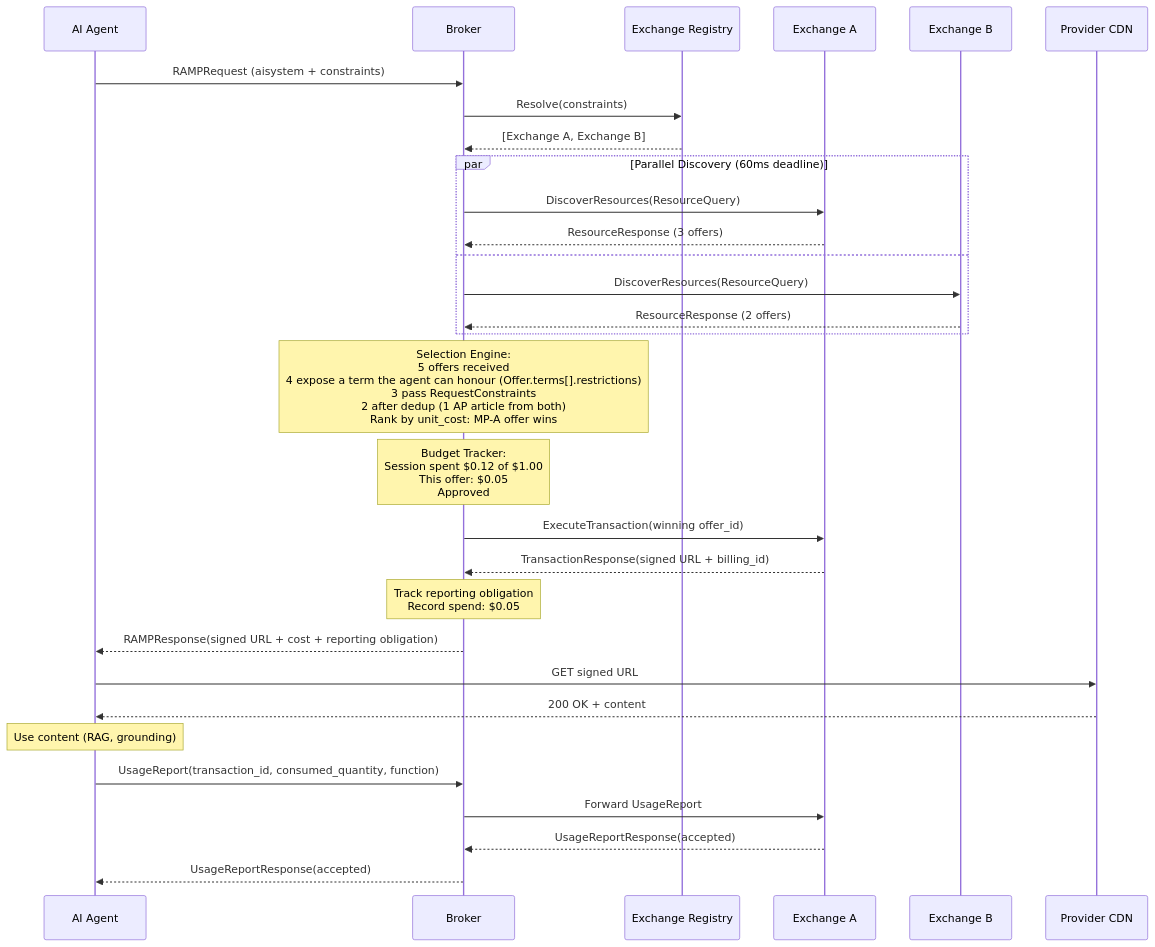
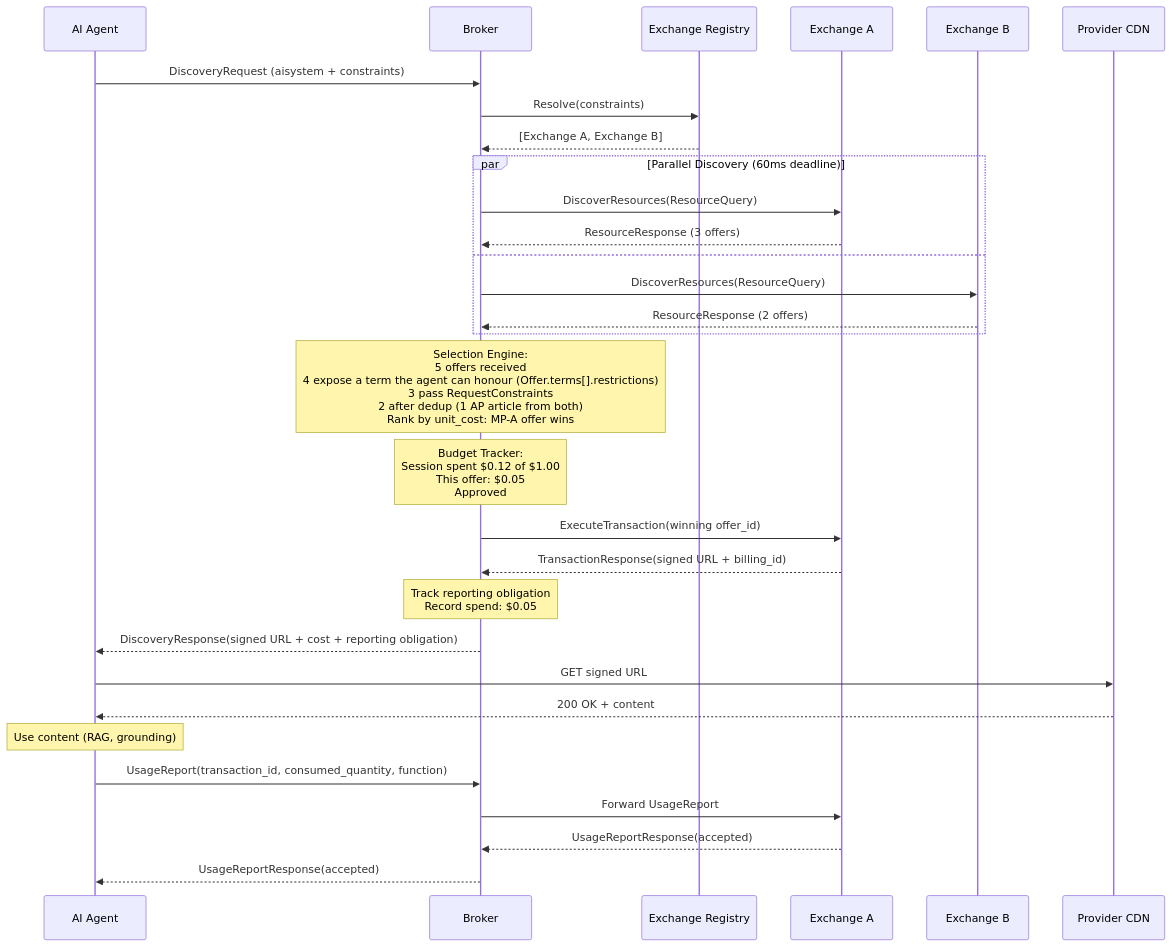
One commit to RAMP-Protocol/protocol changed the second of 2 diagrams in website/src/content/docs/components/broker/overview.mdx. Above: the diagram before and after it, drawn with Mermaid. The commit also changed other lines of this file and 102 other files, not shown here.

````diff
--- a/website/src/content/docs/components/broker/overview.mdx
+++ b/website/src/content/docs/components/broker/overview.mdx
@@ -286,43 +286,43 @@
 ```mermaid
 sequenceDiagram
     participant Agent as AI Agent
     participant Orch as Broker
     participant Reg as Exchange Registry
     participant MPA as Exchange A
     participant MPB as Exchange B
     participant CDN as Provider CDN
 
-    Agent->>Orch: RAMPRequest (aisystem + constraints)
+    Agent->>Orch: DiscoveryRequest (aisystem + constraints)
 
     Orch->>Reg: Resolve(constraints)
     Reg-->>Orch: [Exchange A, Exchange B]
 
     par Parallel Discovery (60ms deadline)
         Orch->>MPA: DiscoverResources(ResourceQuery)
         MPA-->>Orch: ResourceResponse (3 offers)
     and
         Orch->>MPB: DiscoverResources(ResourceQuery)
         MPB-->>Orch: ResourceResponse (2 offers)
     end
 
     Note over Orch: Selection Engine:<br/>5 offers received<br/>4 expose a term the agent can honour (Offer.terms[].restrictions)<br/>3 pass RequestConstraints<br/>2 after dedup (1 AP article from both)<br/>Rank by unit_cost: MP-A offer wins
 
     Note over Orch: Budget Tracker:<br/>Session spent $0.12 of $1.00<br/>This offer: $0.05<br/>Approved
 
     Orch->>MPA: ExecuteTransaction(winning offer_id)
     MPA-->>Orch: TransactionResponse(signed URL + billing_id)
 
     Note over Orch: Track reporting obligation<br/>Record spend: $0.05
 
-    Orch-->>Agent: RAMPResponse(signed URL + cost + reporting obligation)
+    Orch-->>Agent: DiscoveryResponse(signed URL + cost + reporting obligation)
 
     Agent->>CDN: GET signed URL
     CDN-->>Agent: 200 OK + content
 
     Note over Agent: Use content (RAG, grounding)
 
     Agent->>Orch: UsageReport(transaction_id, consumed_quantity, function)
     Orch->>MPA: Forward UsageReport
     MPA-->>Orch: UsageReportResponse(accepted)
     Orch-->>Agent: UsageReportResponse(accepted)
 ```
````
